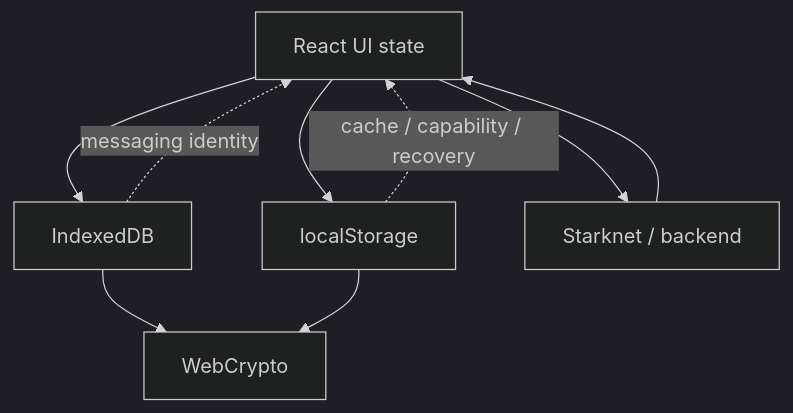
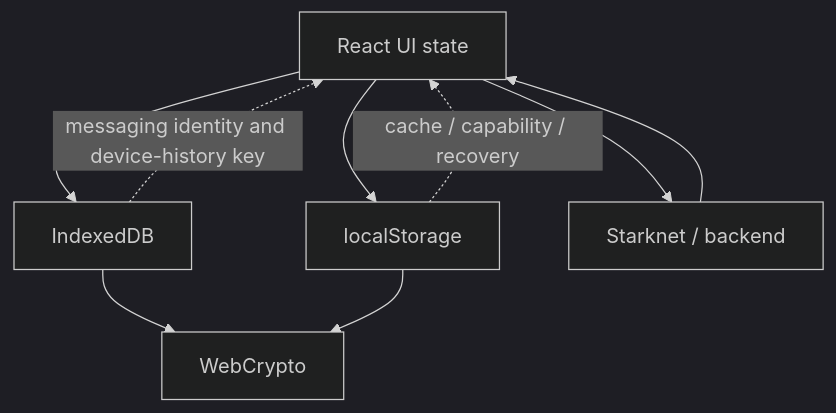
One commit to DXJLabs/vinss changed the first of 9 diagrams in docs/technical/frontend/local-state.md. Above: the diagram before and after it, drawn with Mermaid (dark theme). The commit also changed other lines of this file and 8 other files, not shown here.

Commit message:
docs: refresh messaging architecture, code maps and Mermaid; verify Offer rails

````diff
--- a/docs/technical/frontend/local-state.md
+++ b/docs/technical/frontend/local-state.md
@@ -97,19 +98,19 @@
 ```mermaid
 flowchart TD
     UI["React UI state"]
     LS["localStorage"]
     IDB["IndexedDB"]
     CRYPTO["WebCrypto"]
     NETWORK["Starknet / backend"]
 
     UI --> LS
     UI --> IDB
     IDB --> CRYPTO
     LS --> CRYPTO
 
     NETWORK --> UI
     UI --> NETWORK
 
     LS -. "cache / capability / recovery" .-> UI
-    IDB -. "messaging identity" .-> UI
+    IDB -. "messaging identity and device-history key" .-> UI
 ```
````
